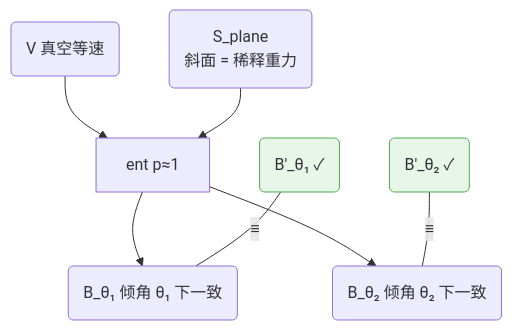
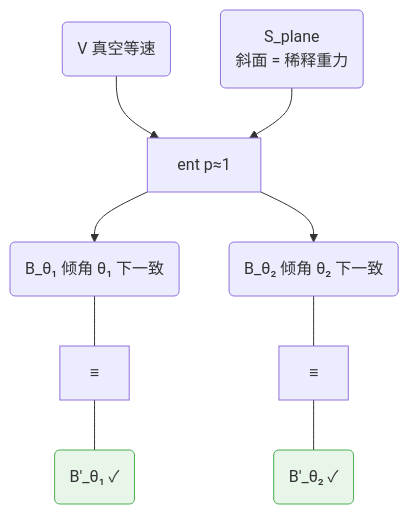
One commit to SiliconEinstein/Gaia changed the ninth of 10 diagrams in docs/foundations/theory/science-formalization.md. Above: the diagram before and after it, drawn with Mermaid. The commit also changed other lines of this file, not shown here.

````diff
--- a/docs/foundations/theory/science-formalization.md
+++ b/docs/foundations/theory/science-formalization.md
@@ -351,11 +352,11 @@
 ```mermaid
 graph TD
     V("V 真空等速") --> f1["ent p≈1"]
     Sp("S_plane<br/>斜面 = 稀释重力") --> f1
     f1 --> Bt1("B_θ₁ 倾角 θ₁ 下一致")
     f1 --> Bt2("B_θ₂ 倾角 θ₂ 下一致")
-    Bpt1("B'_θ₁ ✓"):::obs ---|"≡"| Bt1
-    Bpt2("B'_θ₂ ✓"):::obs ---|"≡"| Bt2
+    Bt1 --- eq1["≡"] --- Bpt1("B'_θ₁ ✓"):::obs
+    Bt2 --- eq2["≡"] --- Bpt2("B'_θ₂ ✓"):::obs
 
     classDef obs fill:#e8f5e9,stroke:#4caf50
 ```
````
